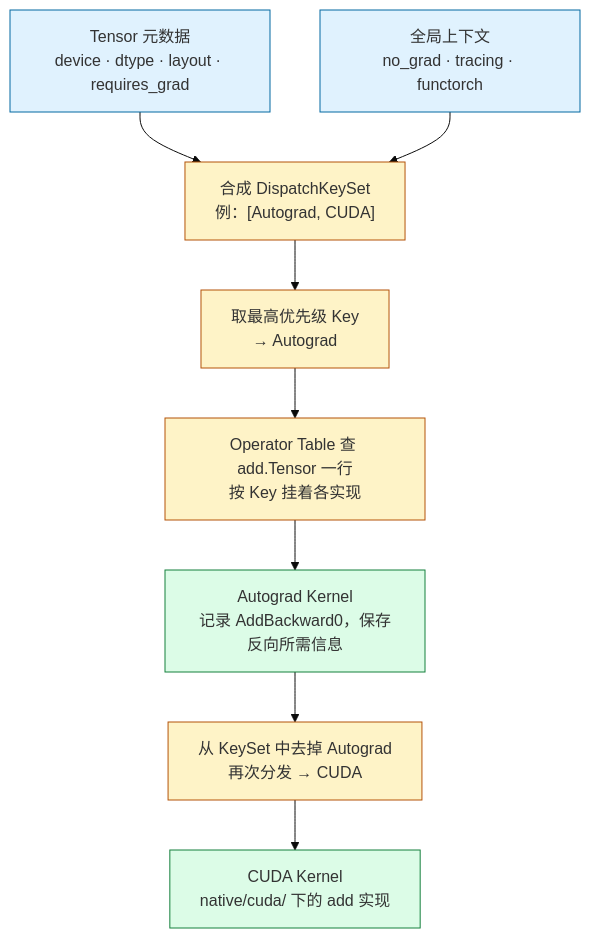
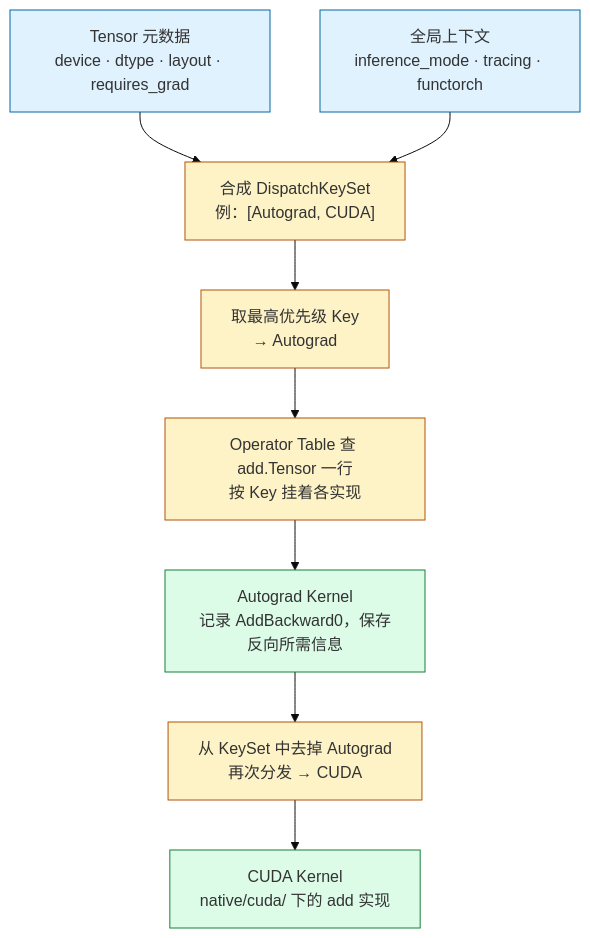
The third of 5 diagrams in _posts/2026-02-17-pytorch-overall-introduction.md (arganzheng/arganzheng.github.com), drawn with Mermaid (base theme) before and after one commit. The commit also changed other lines of this file and 10 other files, not shown here.

````diff
--- a/_posts/2026-02-17-pytorch-overall-introduction.md
+++ b/_posts/2026-02-17-pytorch-overall-introduction.md
@@ -647,22 +648,22 @@
 ```mermaid
 flowchart TB
     META["Tensor 元数据<br/>device · dtype · layout · requires_grad"]
-    CTX["全局上下文<br/>no_grad · tracing · functorch"]
+    CTX["全局上下文<br/>inference_mode · tracing · functorch"]
     KS["合成 DispatchKeySet<br/>例：#91;Autograd, CUDA#93;"]
     TOP["取最高优先级 Key<br/>→ Autograd"]
     TBL["Operator Table 查 add.Tensor 一行<br/>按 Key 挂着各实现"]
     AG["Autograd Kernel<br/>记录 AddBackward0，保存反向所需信息"]
     RED["从 KeySet 中去掉 Autograd<br/>再次分发 → CUDA"]
     CU["CUDA Kernel<br/>native/cuda/ 下的 add 实现"]
 
     META --> KS
     CTX --> KS
     KS --> TOP --> TBL --> AG --> RED --> CU
 
     classDef input fill:#e0f2fe,stroke:#0369a1;
     classDef disp fill:#fef3c7,stroke:#b45309;
     classDef kern fill:#dcfce7,stroke:#15803d;
     class META,CTX input;
     class KS,TOP,TBL,RED disp;
     class AG,CU kern;
 ```
````
